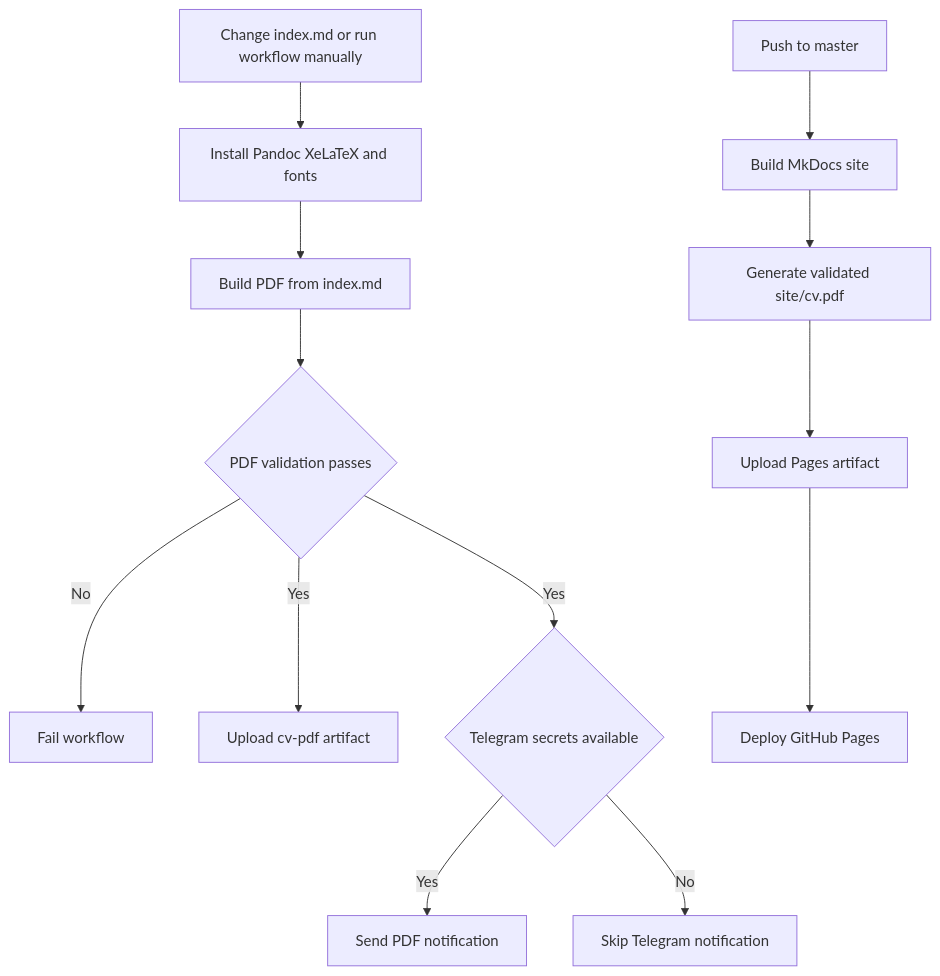
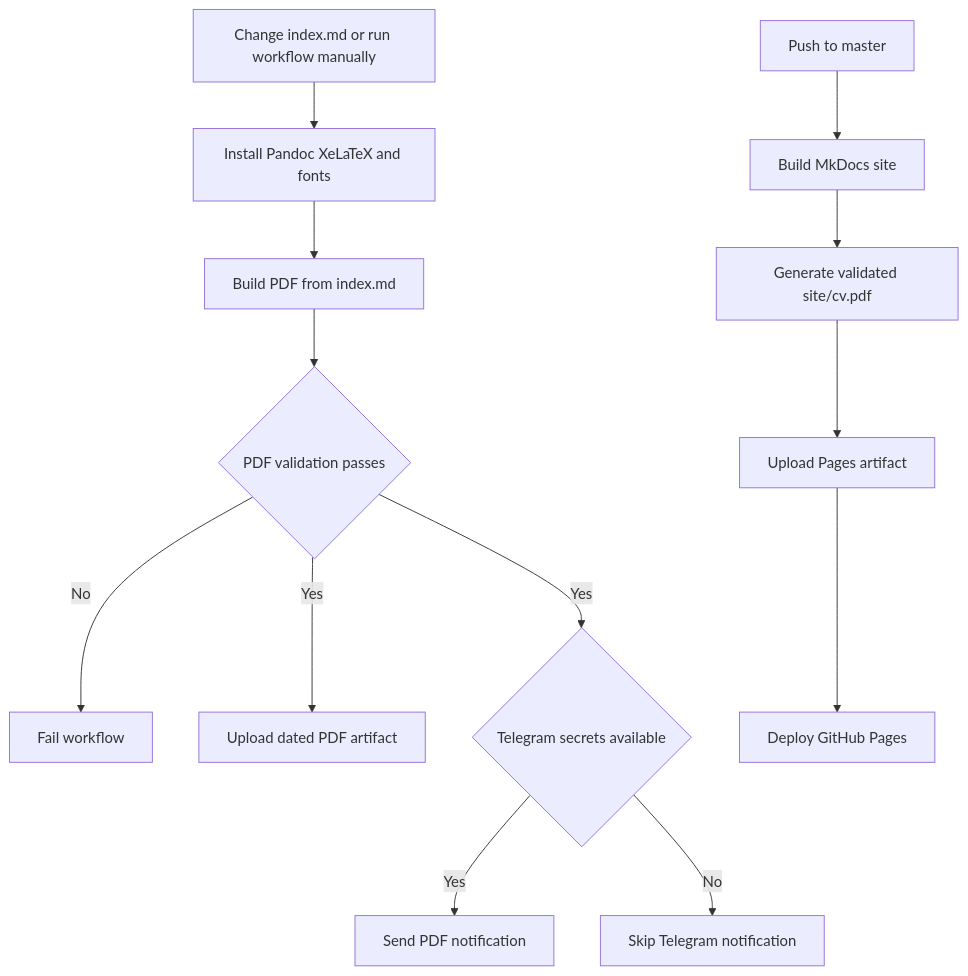
The diagram in docs/diagrams/pdf-generation-flow.md (shaposhnikoff/shaposhnikoff.github.io), drawn with Mermaid before and after one commit. The commit also changed 1 other file, not shown here.

Commit message:
chore: add dated PDF artifact names

````diff
--- a/docs/diagrams/pdf-generation-flow.md
+++ b/docs/diagrams/pdf-generation-flow.md
@@ -3,16 +3,16 @@
 ```mermaid
 flowchart TD
     A[Change index.md or run workflow manually] --> B[Install Pandoc XeLaTeX and fonts]
     B --> C[Build PDF from index.md]
     C --> D{PDF validation passes}
     D -- No --> E[Fail workflow]
-    D -- Yes --> F[Upload cv-pdf artifact]
+    D -- Yes --> F[Upload dated PDF artifact]
     D -- Yes --> G{Telegram secrets available}
     G -- Yes --> H[Send PDF notification]
     G -- No --> I[Skip Telegram notification]
 
     J[Push to master] --> K[Build MkDocs site]
     K --> L[Generate validated site/cv.pdf]
     L --> M[Upload Pages artifact]
     M --> N[Deploy GitHub Pages]
 ```
````
